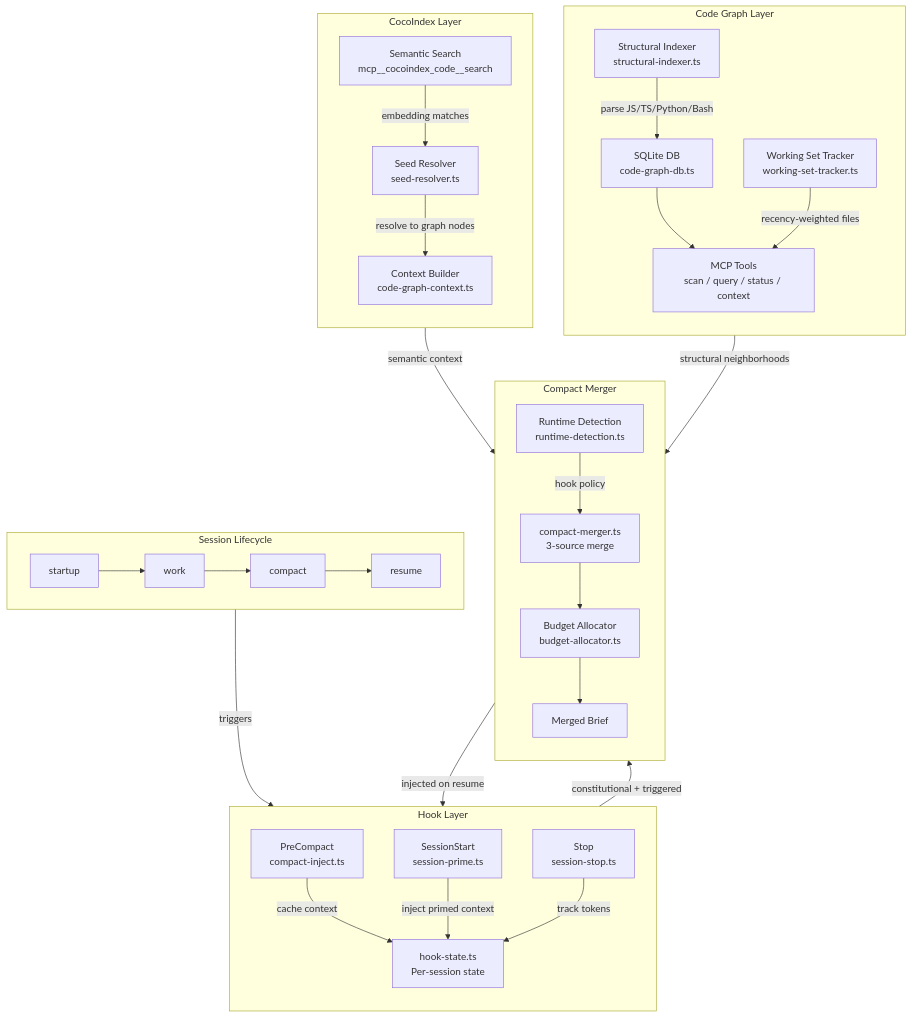
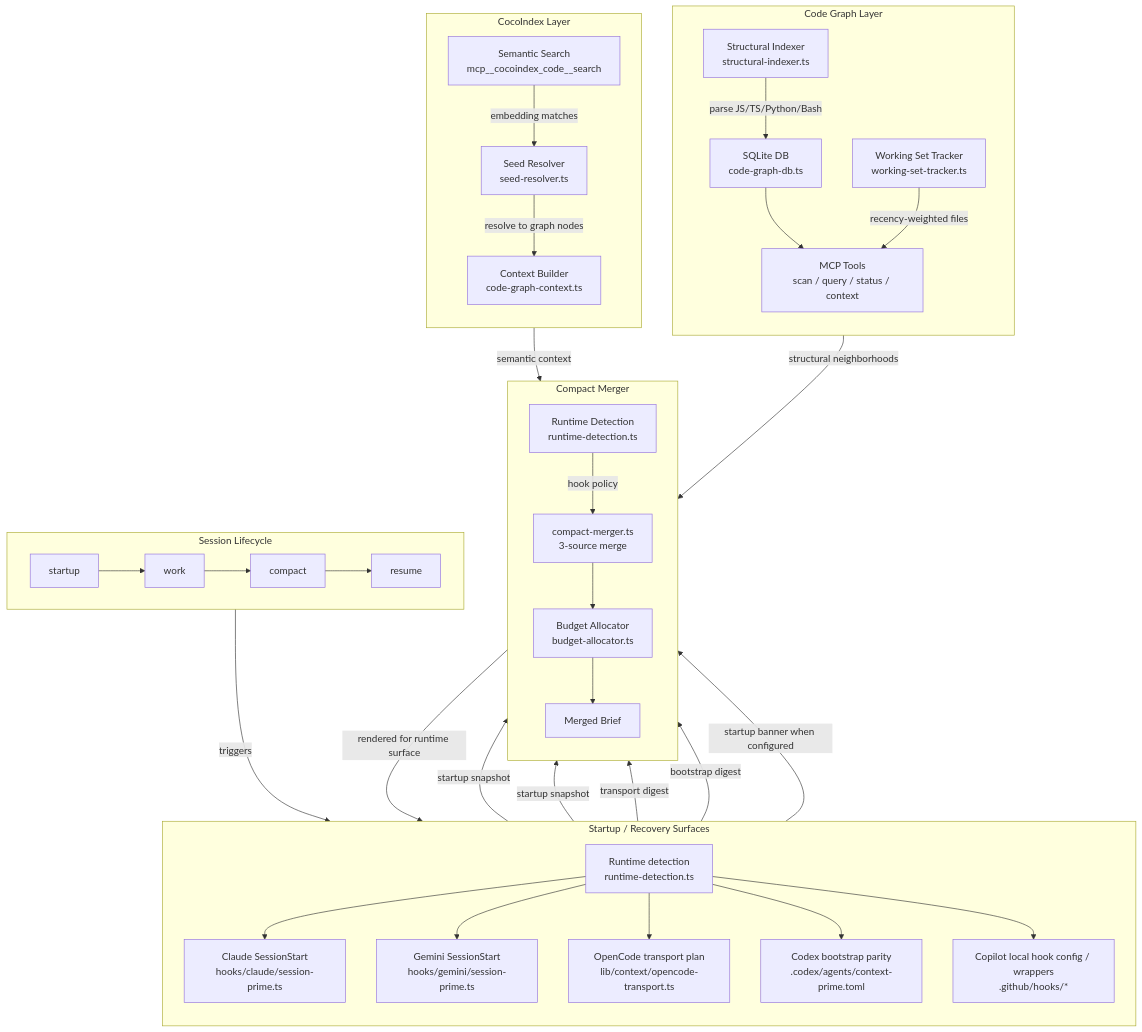
Before and after one commit to MichelKerkmeester/opencode--skilled-agent-loops-with-spec-kit-memory: the first of 2 diagrams in .opencode/skill/system-spec-kit/ARCHITECTURE.md, drawn with Mermaid. The commit also changed other lines of this file and 735 other files, not shown here.

First line of the commit message:
feat(spec-kit): v3.3.0.0 — compact code graph + agent improver skill

````diff
--- a/.opencode/skill/system-spec-kit/ARCHITECTURE.md
+++ b/.opencode/skill/system-spec-kit/ARCHITECTURE.md
@@ -446,59 +446,67 @@
 ```mermaid
 flowchart TB
     subgraph SESSION["Session Lifecycle"]
         direction LR
         startup["startup"] --> work["work"] --> compact["compact"] --> resume["resume"]
     end
 
-    subgraph HOOKS["Hook Layer"]
+    subgraph SURFACES["Startup / Recovery Surfaces"]
         direction TB
-        precompact["PreCompact<br/>compact-inject.ts"]
-        sessionstart["SessionStart<br/>session-prime.ts"]
-        stop["Stop<br/>session-stop.ts"]
-        hookstate["hook-state.ts<br/>Per-session state"]
+        claude["Claude SessionStart<br/>hooks/claude/session-prime.ts"]
+        gemini["Gemini SessionStart<br/>hooks/gemini/session-prime.ts"]
+        opencode["OpenCode transport plan<br/>lib/context/opencode-transport.ts"]
+        codex["Codex bootstrap parity<br/>.codex/agents/context-prime.toml"]
+        copilot["Copilot local hook config / wrappers<br/>.github/hooks/*"]
+        surfacedetect["Runtime detection<br/>runtime-detection.ts"]
 
-        precompact -->|"cache context"| hookstate
-        sessionstart -->|"inject primed context"| hookstate
-        stop -->|"track tokens"| hookstate
+        surfacedetect --> claude
+        surfacedetect --> gemini
+        surfacedetect --> opencode
+        surfacedetect --> codex
+        surfacedetect --> copilot
     end
 
     subgraph CODEGRAPH["Code Graph Layer"]
         direction TB
         indexer["Structural Indexer<br/>structural-indexer.ts"]
         db["SQLite DB<br/>code-graph-db.ts"]
         cgtools["MCP Tools<br/>scan / query / status / context"]
         wst["Working Set Tracker<br/>working-set-tracker.ts"]
 
         indexer -->|"parse JS/TS/Python/Bash"| db
         db --> cgtools
         wst -->|"recency-weighted files"| cgtools
     end
 
     subgraph COCOINDEX["CocoIndex Layer"]
         direction TB
         semantic["Semantic Search<br/>mcp__cocoindex_code__search"]
         seed["Seed Resolver<br/>seed-resolver.ts"]
         ctxbuilder["Context Builder<br/>code-graph-context.ts"]
 
         semantic -->|"embedding matches"| seed
         seed -->|"resolve to graph nodes"| ctxbuilder
     end
 
     subgraph MERGER["Compact Merger"]
         direction TB
         merger["compact-merger.ts<br/>3-source merge"]
         budget["Budget Allocator<br/>budget-allocator.ts"]
-        runtime["Runtime Detection<br/>runtime-detection.ts"]
+        mergerruntime["Runtime Detection<br/>runtime-detection.ts"]
         brief["Merged Brief"]
 
-        runtime -->|"hook policy"| merger
+        mergerruntime -->|"hook policy"| merger
         merger --> budget
         budget --> brief
     end
 
-    SESSION -->|"triggers"| HOOKS
-    precompact -->|"constitutional + triggered"| merger
+    SESSION -->|"triggers"| SURFACES
+    claude -->|"startup snapshot"| merger
+    gemini -->|"startup snapshot"| merger
+    opencode -->|"transport digest"| merger
+    codex -->|"bootstrap digest"| merger
+    copilot -->|"startup banner when configured"| merger
     cgtools -->|"structural neighborhoods"| merger
     ctxbuilder -->|"semantic context"| merger
-    brief -->|"injected on resume"| sessionstart
+    brief -->|"rendered for runtime surface"| SURFACES
 ```
````
